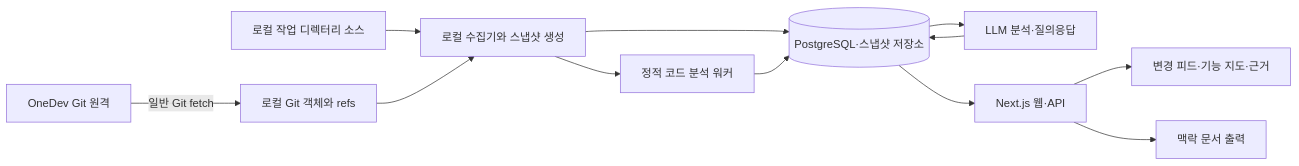
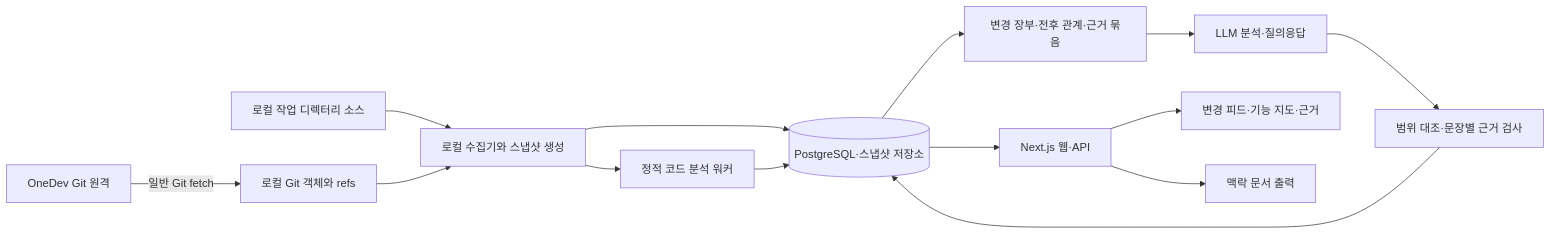
The diagram in docs/design.md (gtoyoung/codeatlas), drawn with Mermaid before and after one commit. The commit also changed other lines of this file and 3 other files, not shown here.

````diff
--- a/docs/design.md
+++ b/docs/design.md
@@ -99,14 +101,16 @@
 ```mermaid
 flowchart LR
   O[OneDev Git 원격] -->|일반 Git fetch| G[로컬 Git 객체와 refs]
   S[로컬 작업 디렉터리 소스] --> C[로컬 수집기와 스냅샷 생성]
   G --> C
   C --> P[정적 코드 분석 워커]
   C --> D[(PostgreSQL·스냅샷 저장소)]
   P --> D
-  D --> L[LLM 분석·질의응답]
-  L --> D
+  D --> B[변경 장부·전후 관계·근거 묶음]
+  B --> L[LLM 분석·질의응답]
+  L --> V[범위 대조·문장별 근거 검사]
+  V --> D
   D --> N[Next.js 웹·API]
   N --> U[변경 피드·기능 지도·근거]
   N --> E[맥락 문서 출력]
 ```
````
